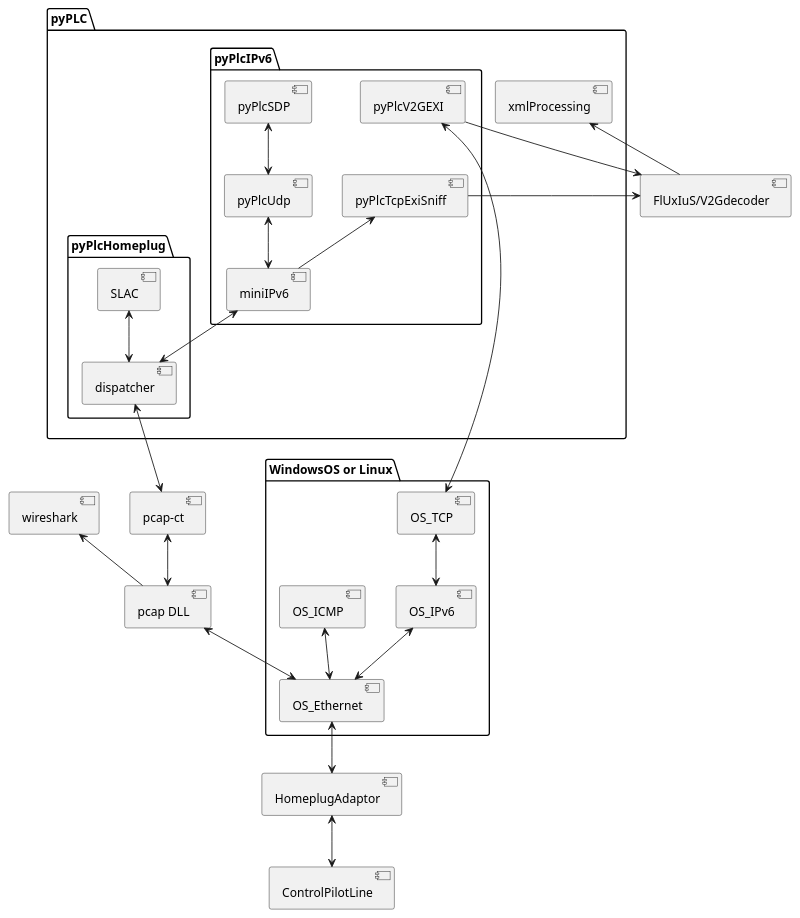
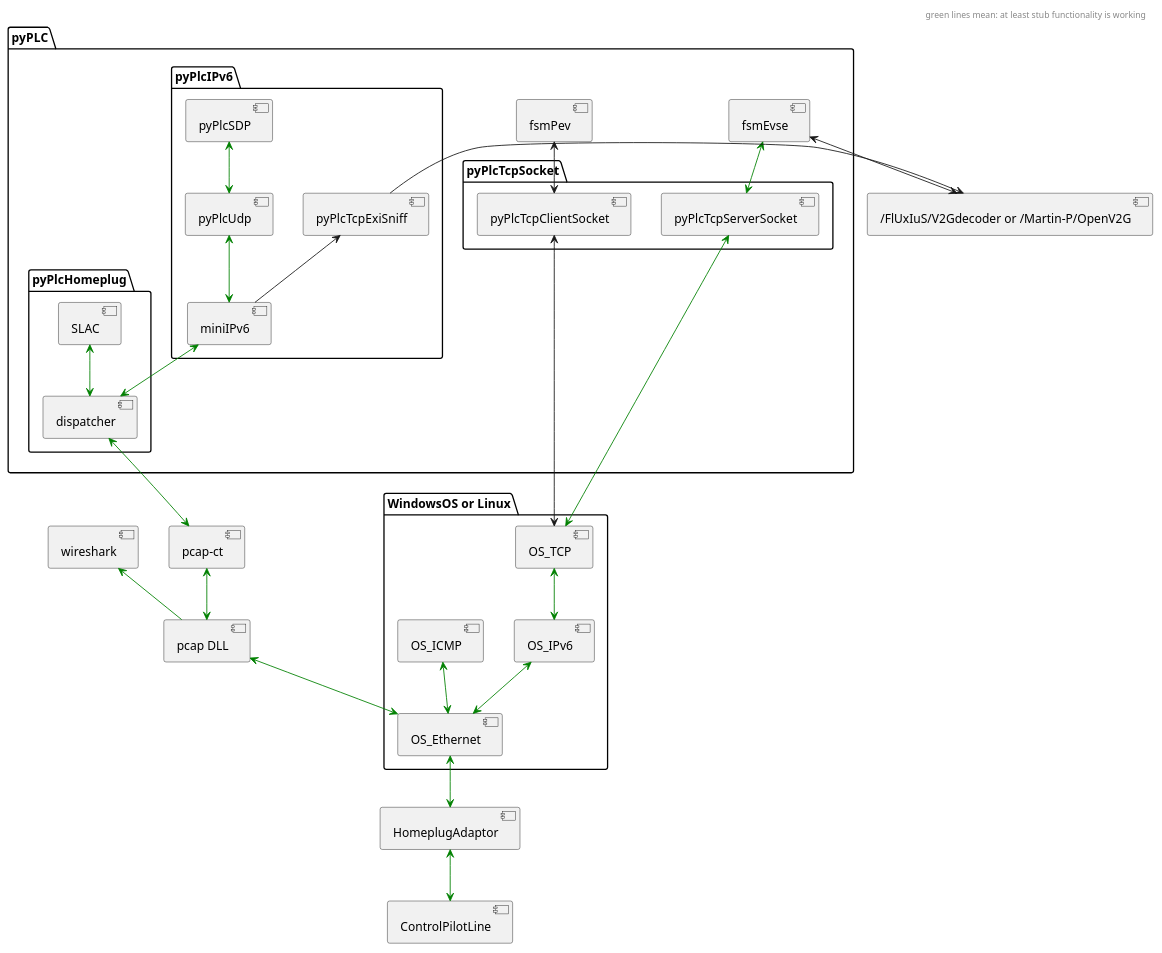
The diagram in doc/pyPlc_architecture.puml (uhi22/pyPLC), drawn with PlantUML before and after one commit. The commit also changed 1 other file, not shown here.

```diff
--- a/doc/pyPlc_architecture.puml
+++ b/doc/pyPlc_architecture.puml
@@ -1,53 +1,64 @@
 @startuml
+
+header
+green lines mean: at least stub functionality is working
+endheader
 
 package "pyPLC" {
 	package "pyPlcIPv6" {
 		[miniIPv6]
 		[pyPlcUdp]
 		[pyPlcSDP]
 		[pyPlcTcpExiSniff]
-		[pyPlcV2GEXI]
 	}
 
 	package "pyPlcHomeplug" {
 		[dispatcher]
 		[SLAC]
 	}
 	
+	[fsmEvse]
+	[fsmPev]
+
+	package "pyPlcTcpSocket" {
+		[pyPlcTcpServerSocket]
+		[pyPlcTcpClientSocket]
+	}
 	
-	[xmlProcessing]
 }
 
 [ControlPilotLine]
 [HomeplugAdaptor]
 [pcap DLL] as pcap
 [wireshark]
-[FlUxIuS/V2Gdecoder] as dec
+[/FlUxIuS/V2Gdecoder or /Martin-P/OpenV2G] as dec
 
 package "WindowsOS or Linux" {
   [OS_Ethernet]
   [OS_IPv6]
   [OS_TCP]
   [OS_ICMP]
 }
 
-[ControlPilotLine] <-up-> [HomeplugAdaptor]
-[HomeplugAdaptor] <-up-> [OS_Ethernet]
-[OS_Ethernet] <-up-> [pcap]
-[OS_Ethernet] <-up-> [OS_IPv6]
-[OS_Ethernet] <-up-> [OS_ICMP]
-[OS_IPv6] <-up-> [OS_TCP]
+[ControlPilotLine] <-[#green]up-> [HomeplugAdaptor]
+[HomeplugAdaptor] <-[#green]up-> [OS_Ethernet]
+[OS_Ethernet] <-[#green]up-> [pcap]
+[OS_Ethernet] <-[#green]up-> [OS_IPv6]
+[OS_Ethernet] <-[#green]up-> [OS_ICMP]
+[OS_IPv6] <-[#green]up-> [OS_TCP]
 
-[pcap] <-up-> [pcap-ct]
-[pcap] -up-> [wireshark]
-[pcap-ct] <-up-> [dispatcher]
-[dispatcher] <-up-> [SLAC]
-[dispatcher] <-up-> [miniIPv6]
-[miniIPv6] <-up-> [pyPlcUdp]
+[pcap] <-[#green]up-> [pcap-ct]
+[pcap] -[#green]up-> [wireshark]
+[pcap-ct] <-[#green]up-> [dispatcher]
+[dispatcher] <-[#green]up-> [SLAC]
+[dispatcher] <-[#green]up-> [miniIPv6]
+[miniIPv6] <-[#green]up-> [pyPlcUdp]
 [miniIPv6] -up-> [pyPlcTcpExiSniff]
-[pyPlcUdp] <-up-> [pyPlcSDP]
-[OS_TCP] <-up-> [pyPlcV2GEXI]
-[pyPlcV2GEXI] -r-> [dec]
+[pyPlcUdp] <-[#green]up-> [pyPlcSDP]
+[OS_TCP] <-[#green]up-> [pyPlcTcpServerSocket]
+[OS_TCP] <-up-> [pyPlcTcpClientSocket]
+[pyPlcTcpServerSocket] <-[#green]up-> [fsmEvse]
+[pyPlcTcpClientSocket] <-up-> [fsmPev]
+[fsmEvse] <-r-> [dec]
 [pyPlcTcpExiSniff] -r-> [dec]
-[dec] -l-> [xmlProcessing]
 @enduml
```
